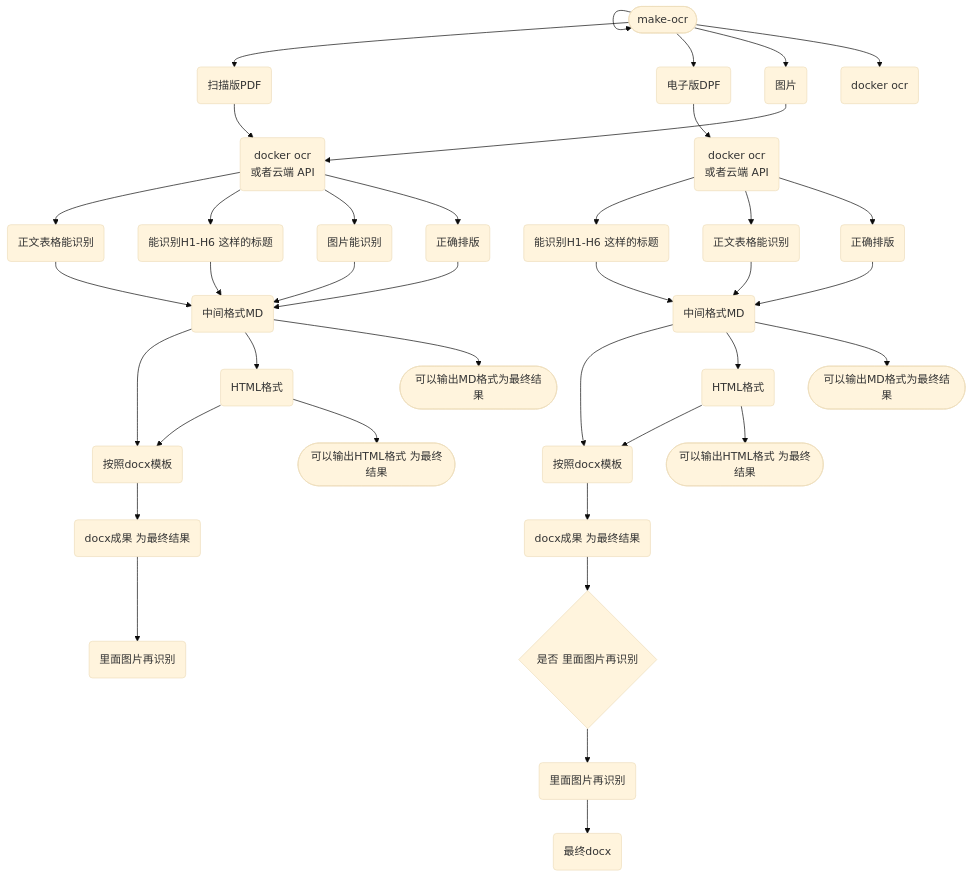
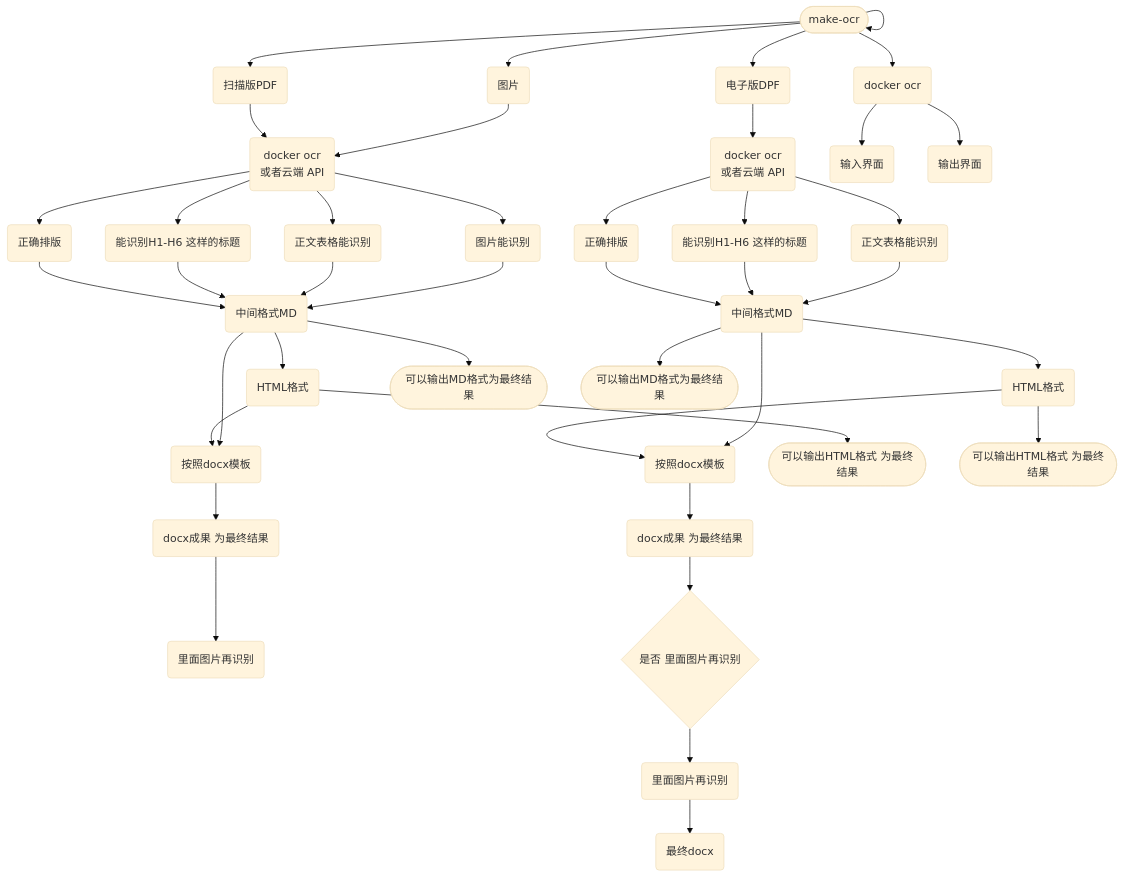
Before and after one commit to fireflysss/mermaid-notes: the diagram in notes/未命名_da3b1e9d-46b8-4fe8-a207-538027b2306b.md, drawn with Mermaid (base theme). The commit also changed 3 other files, not shown here.

Commit message:
Sync Mermaid Studio data (14 diagrams)

````diff
--- a/notes/未命名_da3b1e9d-46b8-4fe8-a207-538027b2306b.md
+++ b/notes/未命名_da3b1e9d-46b8-4fe8-a207-538027b2306b.md
@@ -3,72 +3,76 @@
 ```mermaid
 flowchart TD
   n_0(["make-ocr"])
   n_1("扫描版PDF")
   n_2("电子版DPF")
   n_3("docker ocr<br/>或者云端 API")
   n_4("图片")
   n_5("能识别H1-H6 这样的标题")
   n_6("正文表格能识别")
   n_7("图片能识别")
   n_8("按照docx模板")
   n_9("里面图片再识别")
   n_10("docx成果 为最终结果")
   n_11("中间格式MD")
   n_12("HTML格式")
   n_13("docker ocr<br/>或者云端 API")
   n_14("能识别H1-H6 这样的标题")
   n_15("正文表格能识别")
   n_16("按照docx模板")
   n_17("docx成果 为最终结果")
   n_18("中间格式MD")
   n_19("HTML格式")
   n_20("最终docx")
   n_21("里面图片再识别")
   n_22{"是否 里面图片再识别"}
   n_23("正确排版")
   n_24("正确排版")
   n_25(["可以输出MD格式为最终结果"])
   n_26(["可以输出MD格式为最终结果"])
   n_27(["可以输出HTML格式 为最终结果"])
   n_28(["可以输出HTML格式 为最终结果"])
   n_29("docker ocr")
+  n_30("输入界面")
+  n_31("输出界面")
   n_0 --> n_0
   n_0 --> n_1
   n_0 --> n_2
   n_0 --> n_4
   n_11 --> n_8
   n_11 --> n_12
   n_12 --> n_8
   n_8 --> n_10
   n_10 --> n_9
   n_18 --> n_16
   n_18 --> n_19
   n_19 --> n_16
   n_16 --> n_17
   n_4 --> n_3
   n_1 --> n_3
   n_2 --> n_13
   n_13 --> n_14
   n_13 --> n_15
   n_15 --> n_18
   n_14 --> n_18
   n_7 --> n_11
   n_6 --> n_11
   n_5 --> n_11
   n_3 --> n_6
   n_21 --> n_20
   n_17 --> n_22
   n_22 --> n_21
   n_3 --> n_5
   n_3 --> n_7
   n_3 --> n_23
   n_23 --> n_11
   n_13 --> n_24
   n_24 --> n_18
   n_11 --> n_25
   n_18 --> n_26
   n_12 --> n_27
   n_19 --> n_28
   n_0 --> n_29
+  n_29 --> n_30
+  n_29 --> n_31
 
 ```
````
